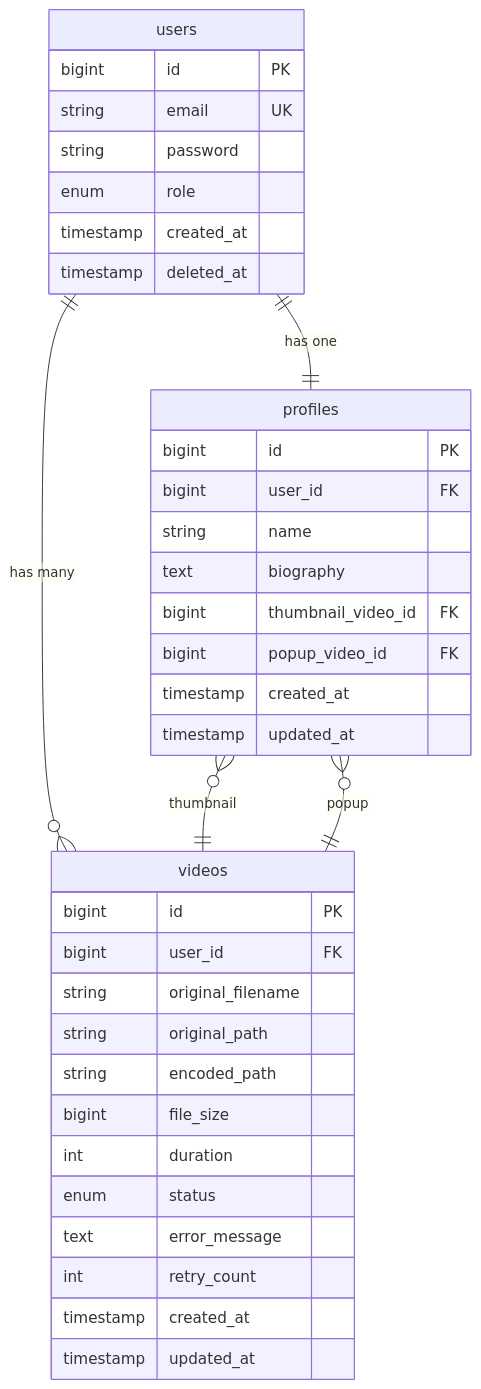
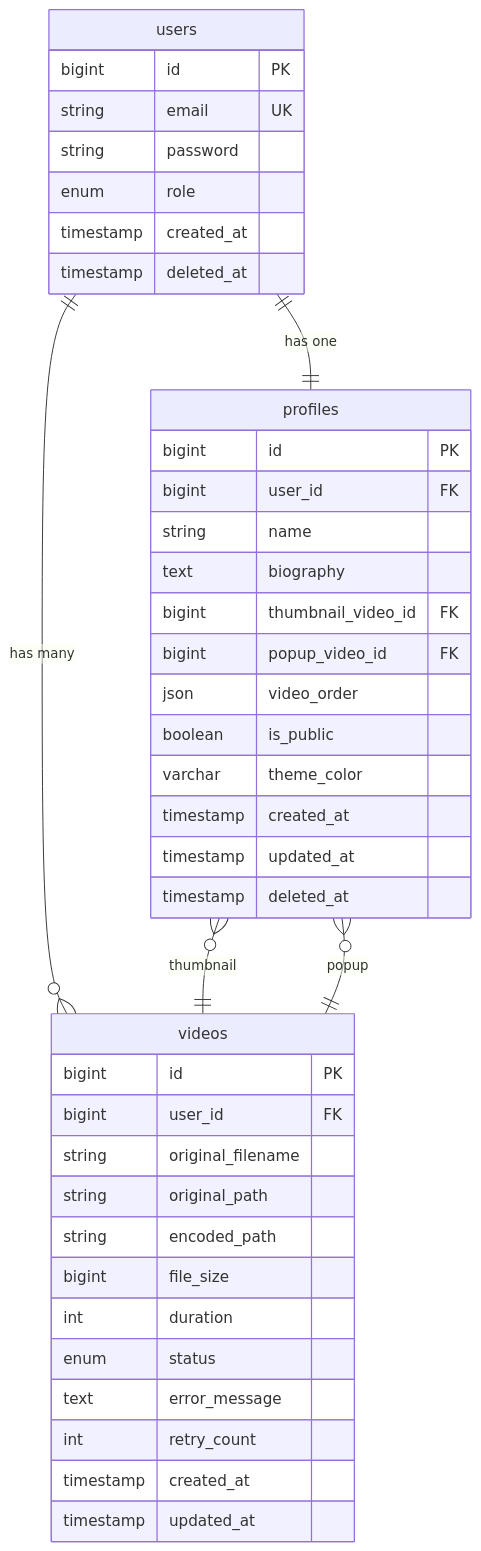
One commit to tetsu2026/movie-profile changed the diagram in docs/design-docs/03_database.md. Above: the diagram before and after it, drawn with Mermaid. The commit also changed other lines of this file and 2 other files, not shown here.

````diff
--- a/docs/design-docs/03_database.md
+++ b/docs/design-docs/03_database.md
@@ -120,42 +130,46 @@
 ```mermaid
 erDiagram
     users ||--|| profiles : "has one"
     users ||--o{ videos : "has many"
     profiles }o--|| videos : "thumbnail"
     profiles }o--|| videos : "popup"
 
     users {
         bigint id PK
         string email UK
         string password
         enum role
         timestamp created_at
         timestamp deleted_at
     }
 
     profiles {
         bigint id PK
         bigint user_id FK
         string name
         text biography
         bigint thumbnail_video_id FK
         bigint popup_video_id FK
+        json video_order
+        boolean is_public
+        varchar theme_color
         timestamp created_at
         timestamp updated_at
+        timestamp deleted_at
     }
 
     videos {
         bigint id PK
         bigint user_id FK
         string original_filename
         string original_path
         string encoded_path
         bigint file_size
         int duration
         enum status
         text error_message
         int retry_count
         timestamp created_at
         timestamp updated_at
     }
 ```
````
